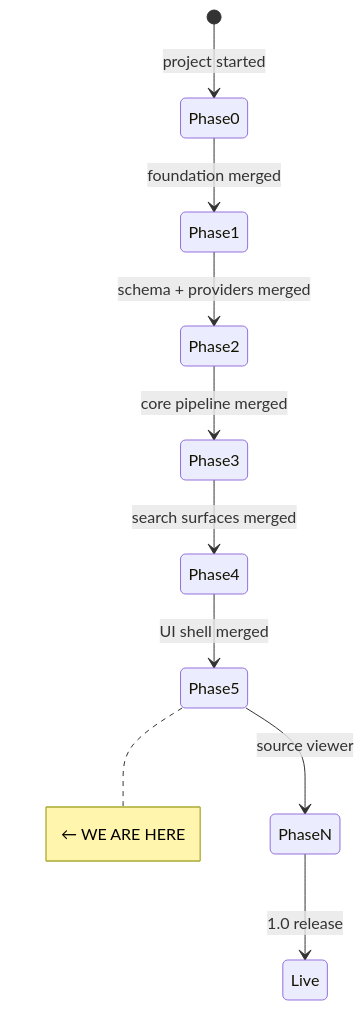
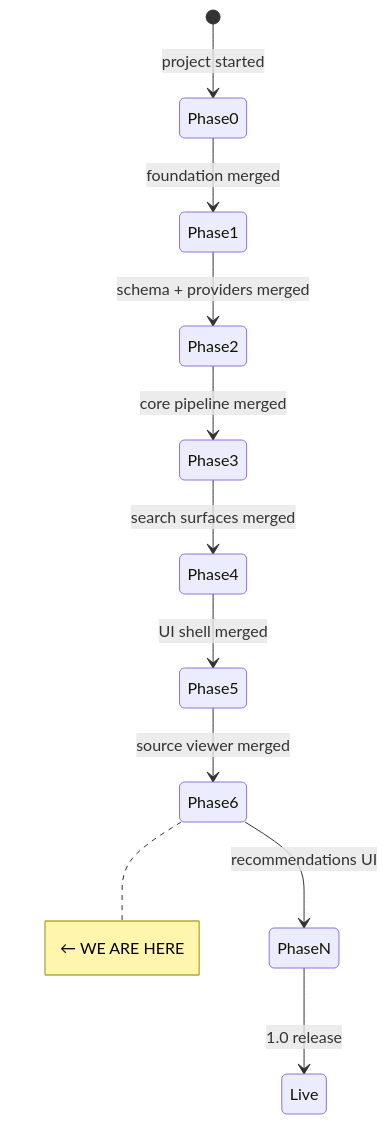
Before and after one commit to dataforaction-tom/open-recs-local: the diagram in STATE.md, drawn with Mermaid. The commit also changed other lines of this file and 30 other files, not shown here.

First line of the commit message:
phase 5: source viewer (split-pane markdown + PDF + signed URLs) (#8)

````diff
--- a/STATE.md
+++ b/STATE.md
@@ -7,13 +7,14 @@
 ```mermaid
 stateDiagram-v2
     [*] --> Phase0: project started
     Phase0 --> Phase1: foundation merged
     Phase1 --> Phase2: schema + providers merged
     Phase2 --> Phase3: core pipeline merged
     Phase3 --> Phase4: search surfaces merged
     Phase4 --> Phase5: UI shell merged
-    Phase5 --> PhaseN: source viewer
+    Phase5 --> Phase6: source viewer merged
+    Phase6 --> PhaseN: recommendations UI
     PhaseN --> Live: 1.0 release
 
-    note right of Phase5: ← WE ARE HERE
+    note right of Phase6: ← WE ARE HERE
 ```
````
